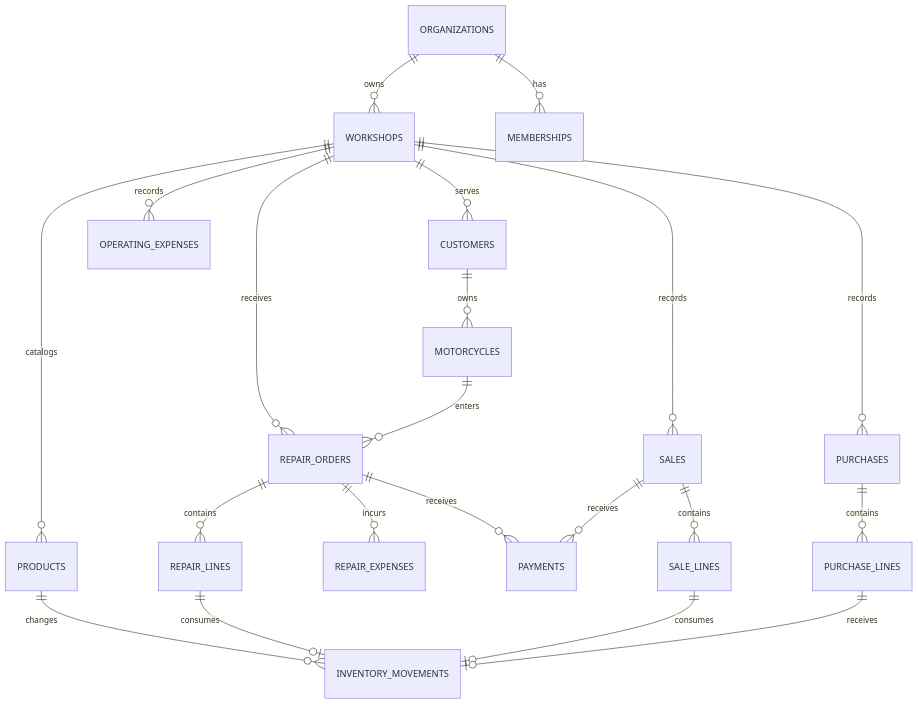
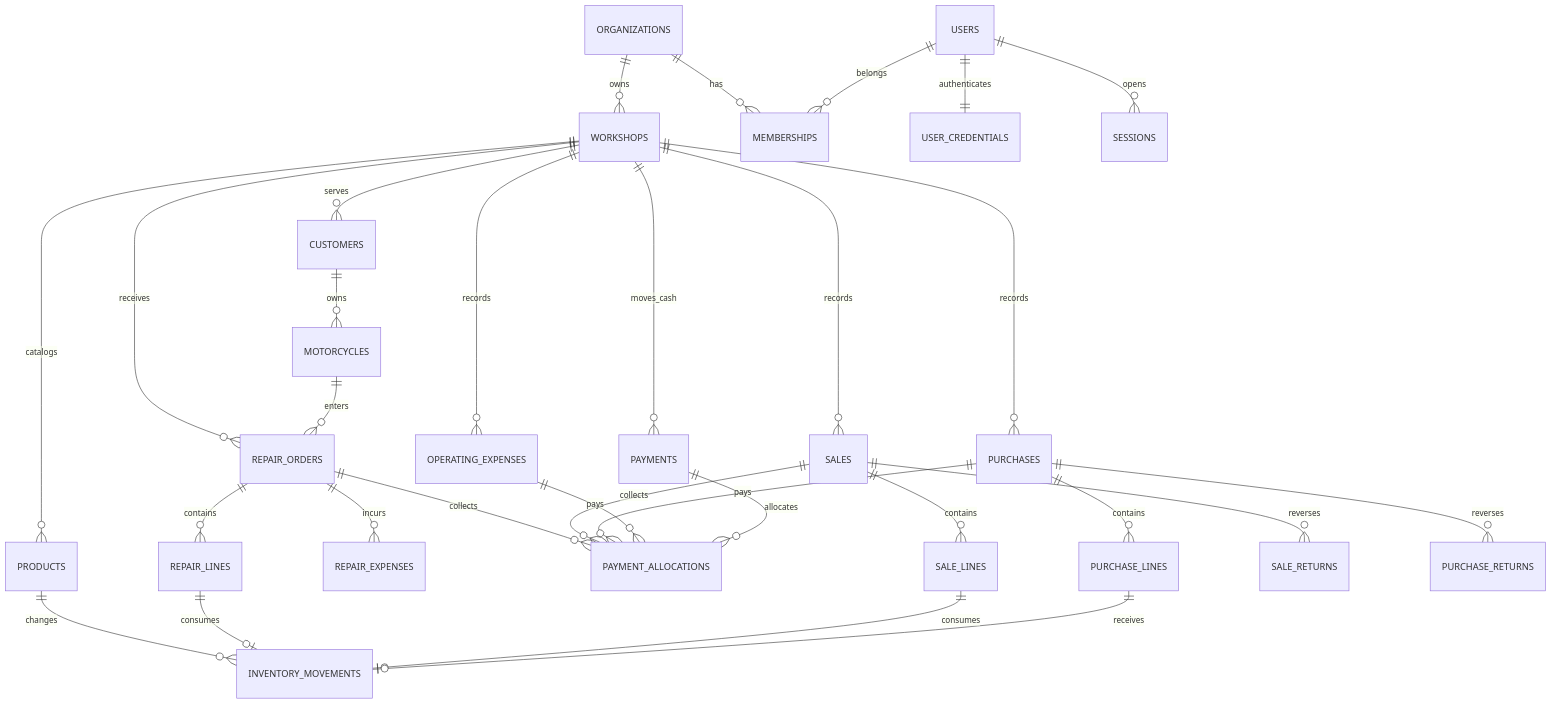
The diagram in docs/database-drizzle-neon.md (Paul-FloresPerez/SISTEMA---MECANICA), drawn with Mermaid before and after one commit. The commit also changed other lines of this file, not shown here.

````diff
--- a/docs/database-drizzle-neon.md
+++ b/docs/database-drizzle-neon.md
@@ -42,23 +65,32 @@
 ```mermaid
 erDiagram
   ORGANIZATIONS ||--o{ WORKSHOPS : owns
   ORGANIZATIONS ||--o{ MEMBERSHIPS : has
+  USERS ||--o{ MEMBERSHIPS : belongs
+  USERS ||--|| USER_CREDENTIALS : authenticates
+  USERS ||--o{ SESSIONS : opens
   WORKSHOPS ||--o{ CUSTOMERS : serves
   CUSTOMERS ||--o{ MOTORCYCLES : owns
   WORKSHOPS ||--o{ PRODUCTS : catalogs
   PRODUCTS ||--o{ INVENTORY_MOVEMENTS : changes
   WORKSHOPS ||--o{ REPAIR_ORDERS : receives
   MOTORCYCLES ||--o{ REPAIR_ORDERS : enters
   REPAIR_ORDERS ||--o{ REPAIR_LINES : contains
   REPAIR_ORDERS ||--o{ REPAIR_EXPENSES : incurs
-  REPAIR_ORDERS ||--o{ PAYMENTS : receives
+  REPAIR_ORDERS ||--o{ PAYMENT_ALLOCATIONS : collects
   REPAIR_LINES ||--o| INVENTORY_MOVEMENTS : consumes
   WORKSHOPS ||--o{ SALES : records
   SALES ||--o{ SALE_LINES : contains
-  SALES ||--o{ PAYMENTS : receives
+  SALES ||--o{ PAYMENT_ALLOCATIONS : collects
   SALE_LINES ||--o| INVENTORY_MOVEMENTS : consumes
   WORKSHOPS ||--o{ PURCHASES : records
   PURCHASES ||--o{ PURCHASE_LINES : contains
   PURCHASE_LINES ||--o| INVENTORY_MOVEMENTS : receives
+  PURCHASES ||--o{ PAYMENT_ALLOCATIONS : pays
   WORKSHOPS ||--o{ OPERATING_EXPENSES : records
+  OPERATING_EXPENSES ||--o{ PAYMENT_ALLOCATIONS : pays
+  WORKSHOPS ||--o{ PAYMENTS : moves_cash
+  PAYMENTS ||--o{ PAYMENT_ALLOCATIONS : allocates
+  SALES ||--o{ SALE_RETURNS : reverses
+  PURCHASES ||--o{ PURCHASE_RETURNS : reverses
 ```
````
